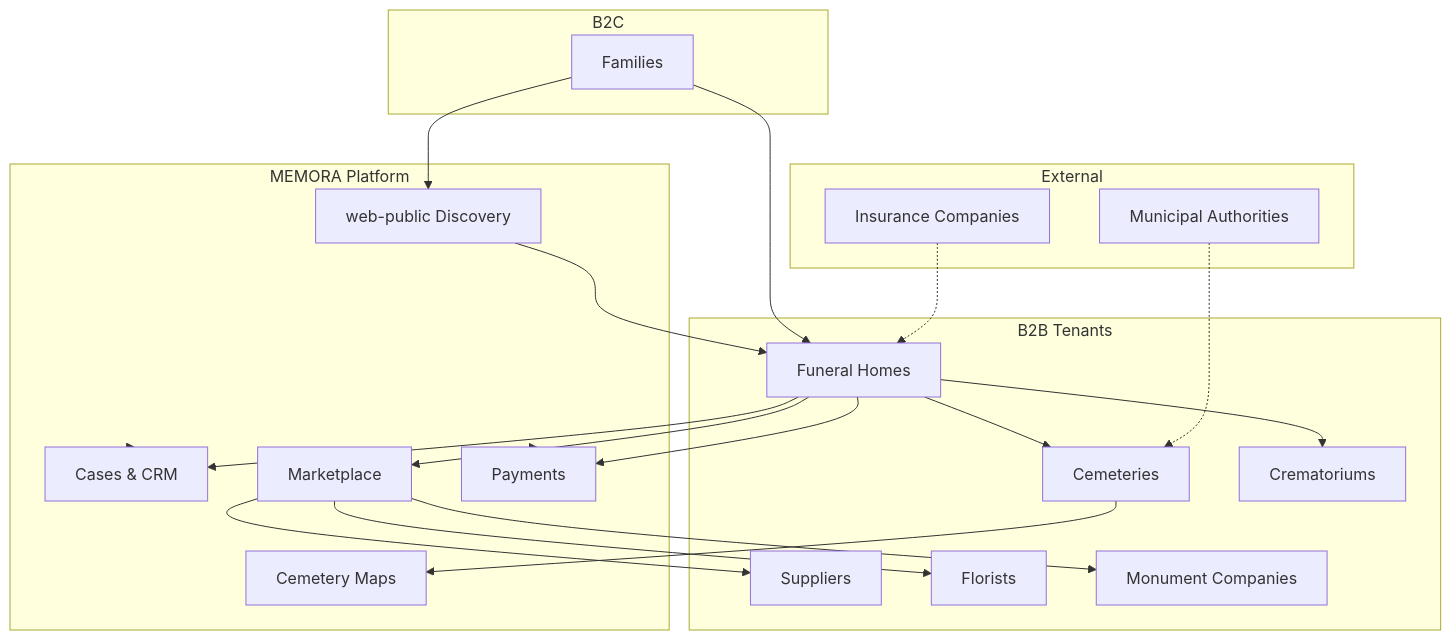
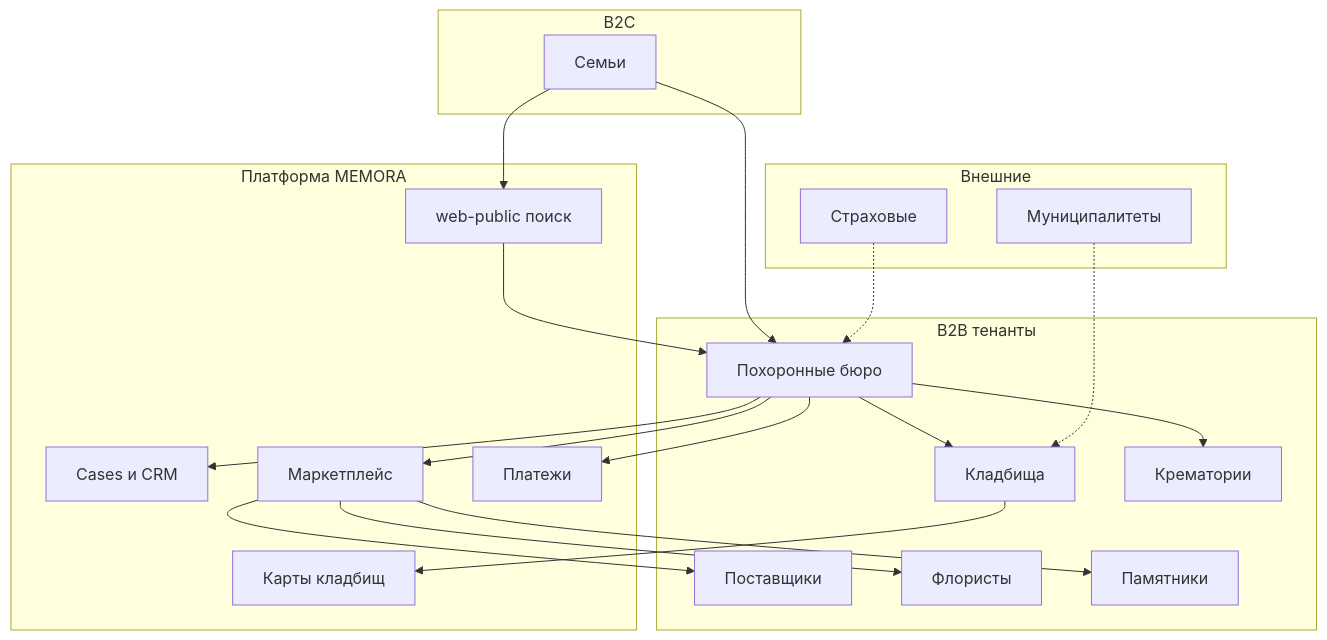
Before and after one commit to TimurKry/memora-platform: the first of 2 diagrams in docs/ECOSYSTEM.md, drawn with Mermaid. The commit also changed other lines of this file and 12 other files, not shown here.

````diff
--- a/docs/ECOSYSTEM.md
+++ b/docs/ECOSYSTEM.md
@@ -29,45 +28,43 @@
 ```mermaid
 flowchart TB
     subgraph B2C["B2C"]
-        FAM[Families]
+        FAM[Семьи]
     end
 
-    subgraph B2B["B2B Tenants"]
-        FH[Funeral Homes]
-        CEM[Cemeteries]
-        CRE[Crematoriums]
-        SUP[Suppliers]
-        FL[Florists]
-        MON[Monument Companies]
+    subgraph B2B["B2B тенанты"]
+        FH[Похоронные бюро]
+        CEM[Кладбища]
+        CRE[Крематории]
+        SUP[Поставщики]
+        FL[Флористы]
+        MON[Памятники]
     end
 
-    subgraph EXT["External"]
-        INS[Insurance Companies]
-        MUN[Municipal Authorities]
+    subgraph EXT["Внешние"]
+        INS[Страховые]
+        MUN[Муниципалитеты]
     end
 
-    subgraph PLAT["MEMORA Platform"]
-        PUB[web-public Discovery]
-        CRM[Cases & CRM]
-        MKT[Marketplace]
-        PAY[Payments]
-        MAP[Cemetery Maps]
+    subgraph PLAT["Платформа MEMORA"]
+        PUB[web-public поиск]
+        CRM[Cases и CRM]
+        MKT[Маркетплейс]
+        PAY[Платежи]
+        MAP[Карты кладбищ]
     end
 
     FAM --> PUB
     FAM --> FH
     PUB --> FH
     FH --> CRM
     FH --> CEM
     FH --> CRE
     FH --> MKT
     MKT --> SUP
     MKT --> FL
     MKT --> MON
     FH --> PAY
     CEM --> MAP
     INS -.-> FH
     MUN -.-> CEM
-    CRM --> PLAT
-    PAY --> PLAT
 ```
````
